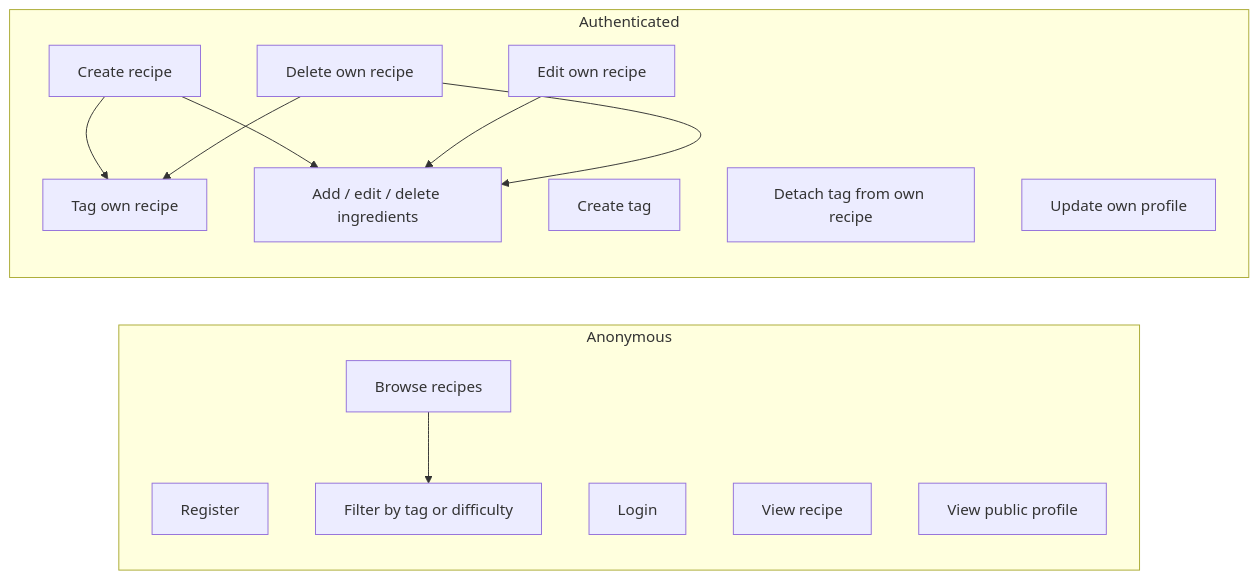
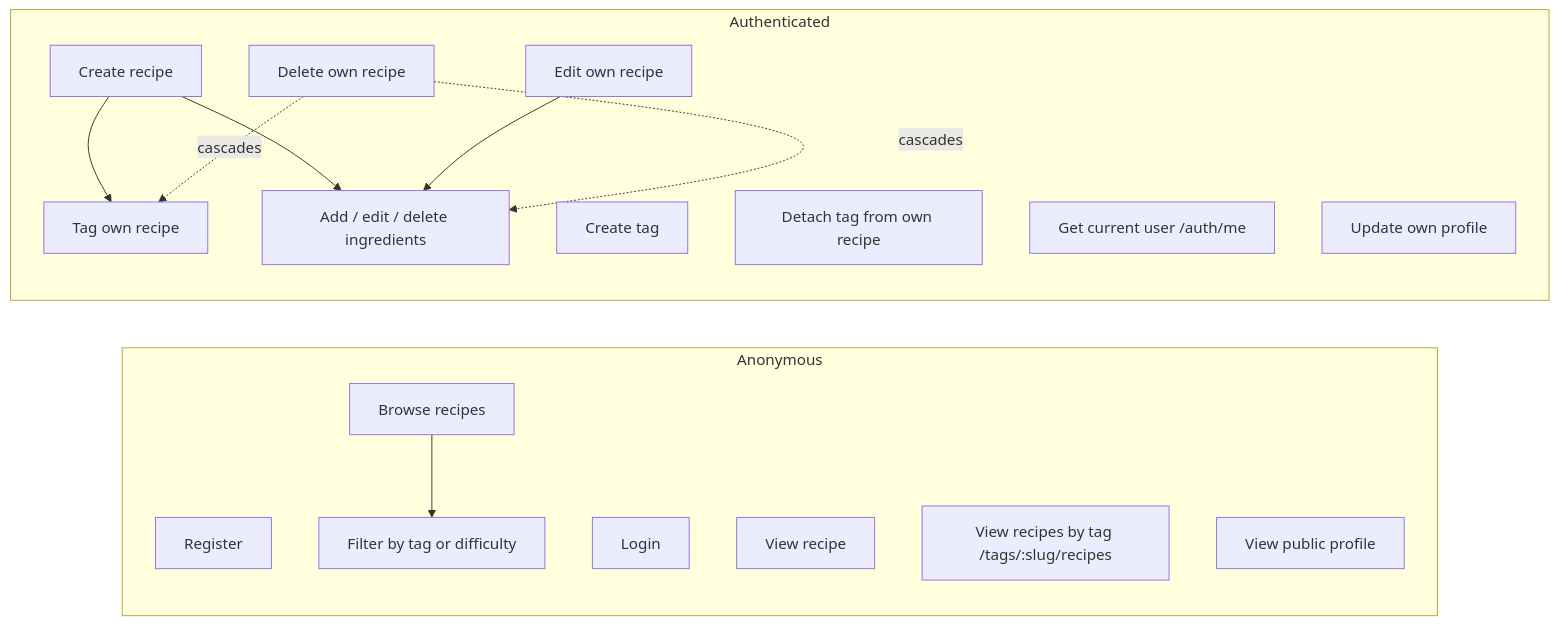
The first of 2 diagrams in README.md (Rio-prst/recipe-api), drawn with Mermaid before and after one commit. The commit also changed other lines of this file, not shown here.

Commit message:
docs: fix diagram audit findings
- ERD: add users.created_at, recipes.created_at, recipes.description
- Use cases: add /auth/me to Author group, /tags/:slug/recipes to Anon group
- Cascade: replace solid DR->AT/CI arrows with dashed cascade arrows

````diff
--- a/README.md
+++ b/README.md
@@ -103,29 +103,31 @@
 ```mermaid
 flowchart LR
     subgraph Anon[Anonymous]
         R1[Register]
         L1[Login]
         V1[View recipe]
         V2[Browse recipes]
         V3[Filter by tag or difficulty]
+        V4[View recipes by tag /tags/:slug/recipes]
         P1[View public profile]
     end
 
     subgraph Author[Authenticated]
         CR[Create recipe]
         ER[Edit own recipe]
         DR[Delete own recipe]
         CI[Add / edit / delete ingredients]
         CT[Create tag]
         AT[Tag own recipe]
         DT[Detach tag from own recipe]
+        ME[Get current user /auth/me]
         UP[Update own profile]
     end
 
     V2 --> V3
     CR --> AT
     CR --> CI
     ER --> CI
-    DR --> AT
-    DR --> CI
+    DR -. cascades .-> AT
+    DR -. cascades .-> CI
 ```
````
